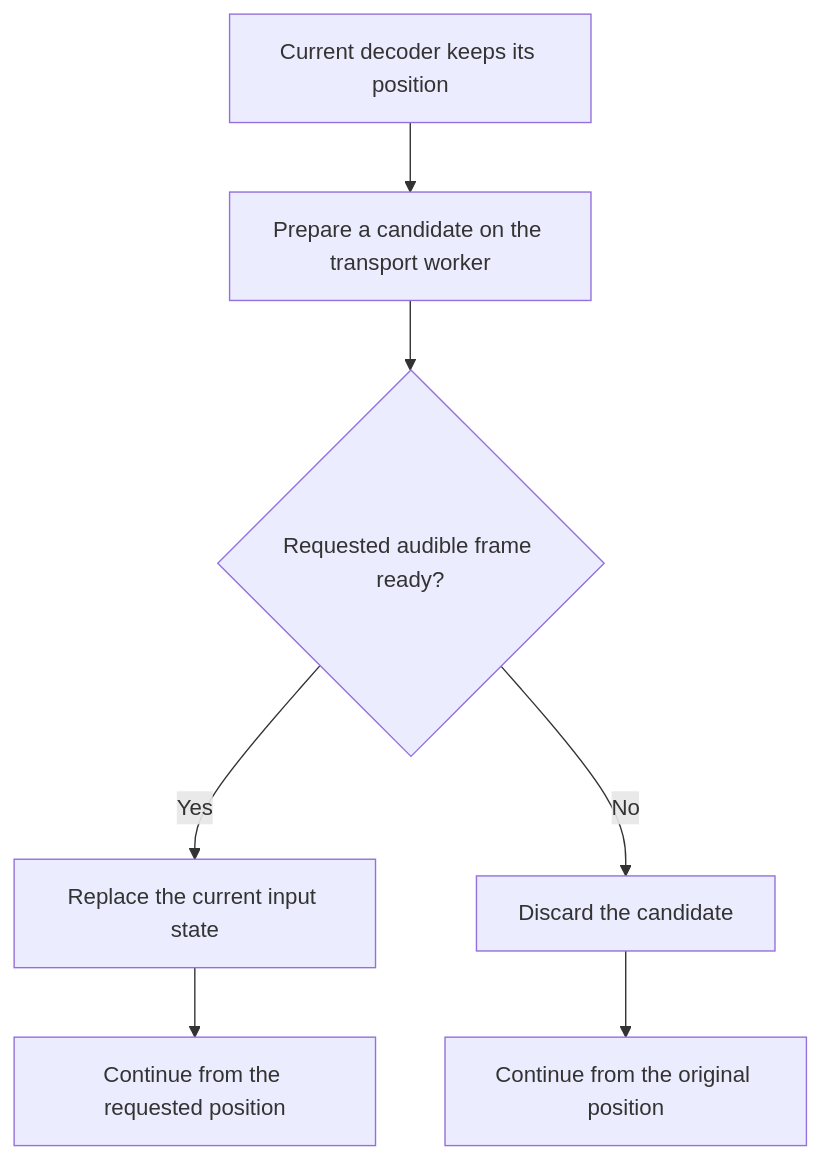
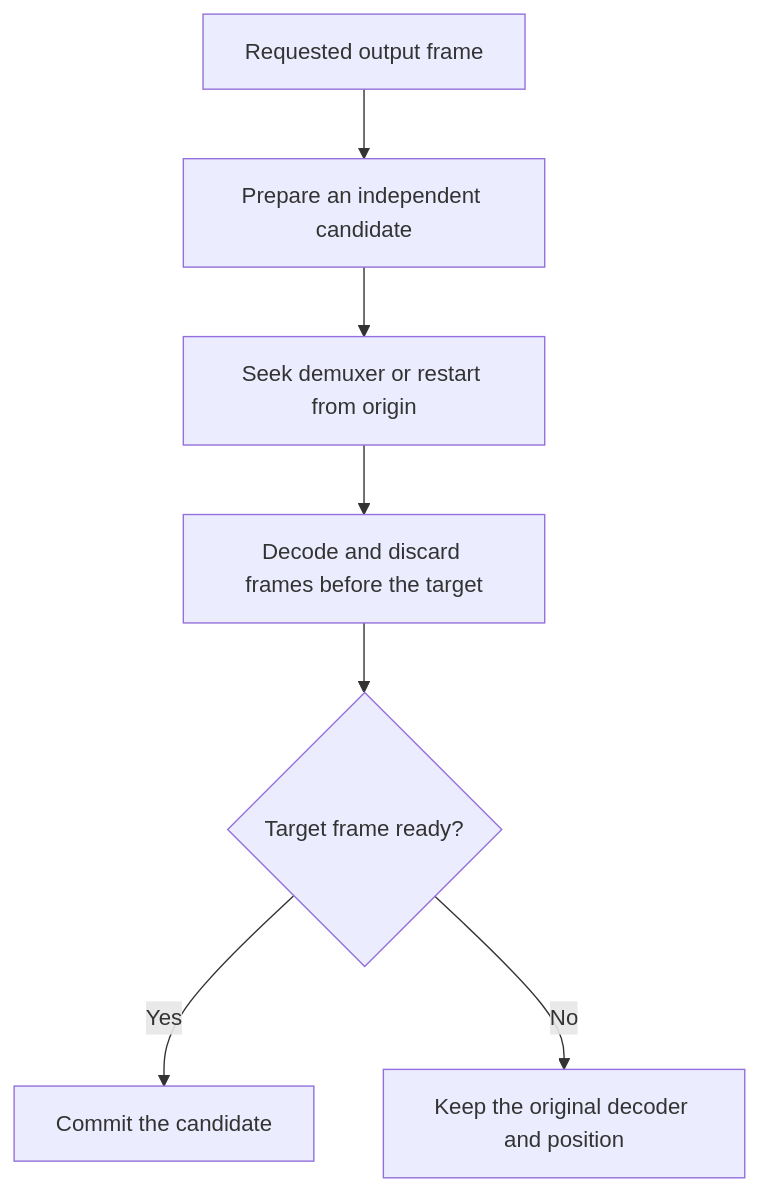
Before and after one commit to Vokerlee/wiola-player: the sixth of 7 diagrams in src/codec/README.md, drawn with Mermaid. The commit also changed other lines of this file, not shown here.

````diff
--- a/src/codec/README.md
+++ b/src/codec/README.md
@@ -252,9 +215,9 @@
 ```mermaid
 flowchart TD
-    Current[Current decoder keeps its position] --> Candidate[Prepare a candidate on the transport worker]
-    Candidate --> Ready{Requested audible frame ready?}
-    Ready -->|Yes| Commit[Replace the current input state]
-    Ready -->|No| Keep[Discard the candidate]
-    Commit --> Target[Continue from the requested position]
-    Keep --> Original[Continue from the original position]
+    Target[Requested output frame] --> Candidate[Prepare an independent candidate]
+    Candidate --> Position[Seek demuxer or restart from origin]
+    Position --> Preroll[Decode and discard frames before the target]
+    Preroll --> Ready{Target frame ready?}
+    Ready -->|Yes| Commit[Commit the candidate]
+    Ready -->|No| Keep[Keep the original decoder and position]
 ```
````
